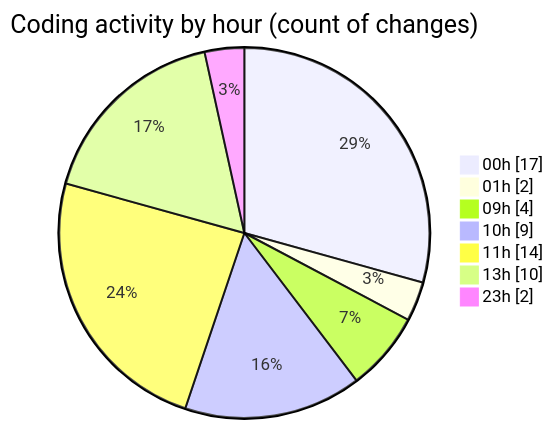
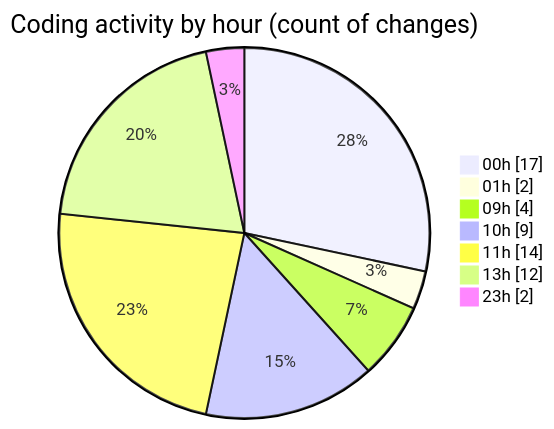
Before and after one commit to julien-gomy/code-tracking: the second of 2 diagrams in 2025-10-29/eventscop-frontend-guide__workspace_/README.md, drawn with Mermaid. The commit also changed other lines of this file and 1 other file, not shown here.

````diff
--- a/2025-10-29/eventscop-frontend-guide__workspace_/README.md
+++ b/2025-10-29/eventscop-frontend-guide__workspace_/README.md
@@ -44,11 +44,11 @@
 ```mermaid
 pie showData
 title Coding activity by hour (count of changes)
 "00h" : 17
 "01h" : 2
 "09h" : 4
 "10h" : 9
 "11h" : 14
-"13h" : 10
+"13h" : 12
 "23h" : 2
 ```
````
